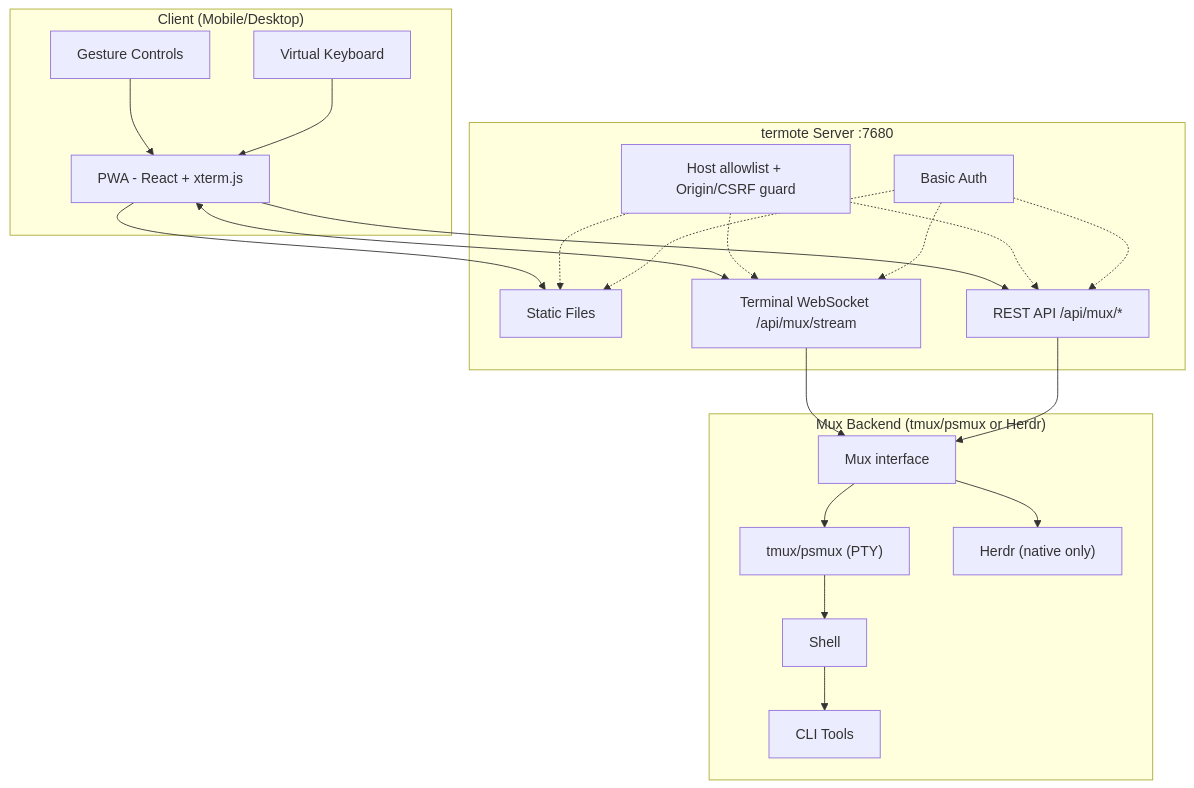
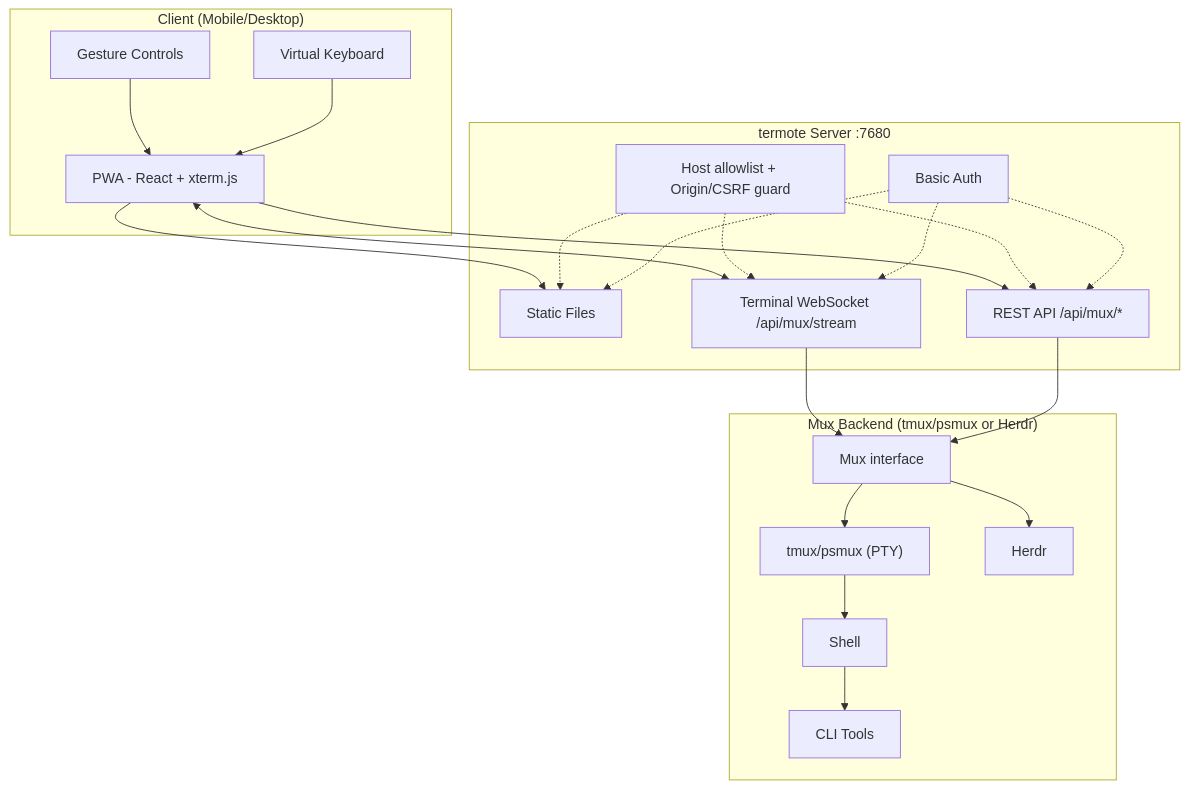
The first of 2 diagrams in README.md (lamngockhuong/termote), drawn with Mermaid before and after one commit. The commit also changed other lines of this file and 36 other files, not shown here.

````diff
--- a/README.md
+++ b/README.md
@@ -65,36 +65,36 @@
 ```mermaid
 flowchart TB
     subgraph Client["Client (Mobile/Desktop)"]
         PWA["PWA - React + xterm.js"]
         Gestures["Gesture Controls"]
         Keyboard["Virtual Keyboard"]
     end
 
     subgraph Server["termote Server :7680"]
         Static["Static Files"]
         Stream["Terminal WebSocket /api/mux/stream"]
         API["REST API /api/mux/*"]
         Guard["Host allowlist + Origin/CSRF guard"]
         Auth["Basic Auth"]
     end
 
     subgraph Backend["Mux Backend (tmux/psmux or Herdr)"]
         Mux["Mux interface"]
         tmux["tmux/psmux (PTY)"]
-        herdr["Herdr (native only)"]
+        herdr["Herdr"]
         Shell["Shell"]
         Tools["CLI Tools"]
     end
 
     Gestures --> PWA
     Keyboard --> PWA
     PWA --> Static
     PWA <--> Stream
     PWA --> API
     Guard -.-> Static & Stream & API
     Auth -.-> Static & Stream & API
     Stream --> Mux
     API --> Mux
     Mux --> tmux & herdr
     tmux --> Shell --> Tools
 ```
````
